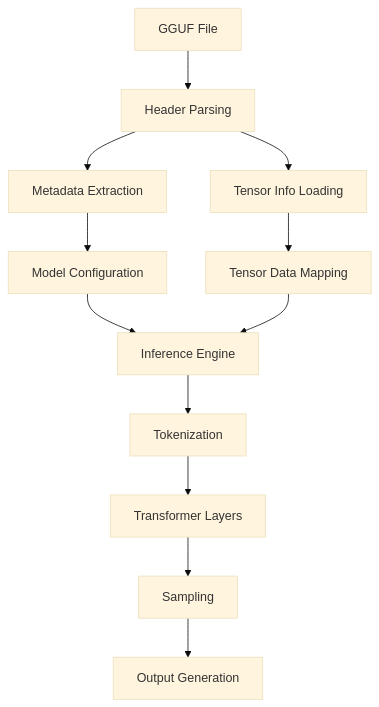
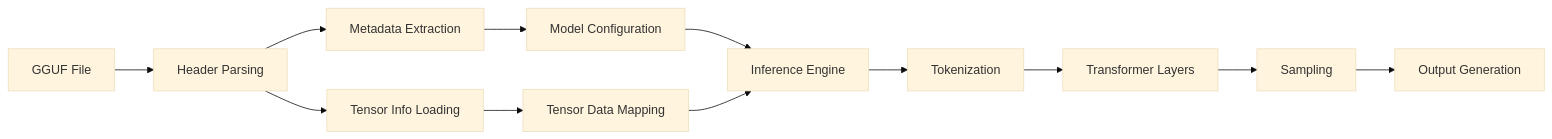
One commit to oderoi/lm.c changed the diagram in README.md. Above: the diagram before and after it, drawn with Mermaid (base theme). The commit also changed 1 other file, not shown here.

Commit message:
architecture overview

````diff
--- a/README.md
+++ b/README.md
@@ -109,14 +109,14 @@
 ```mermaid
-graph TD
+graph LR
     A[GGUF File] --> B[Header Parsing]
     B --> C[Metadata Extraction]
     B --> D[Tensor Info Loading]
     C --> E[Model Configuration]
     D --> F[Tensor Data Mapping]
     E --> G[Inference Engine]
     F --> G
     G --> H[Tokenization]
     H --> I[Transformer Layers]
     I --> J[Sampling]
     J --> K[Output Generation]
 ```
````
